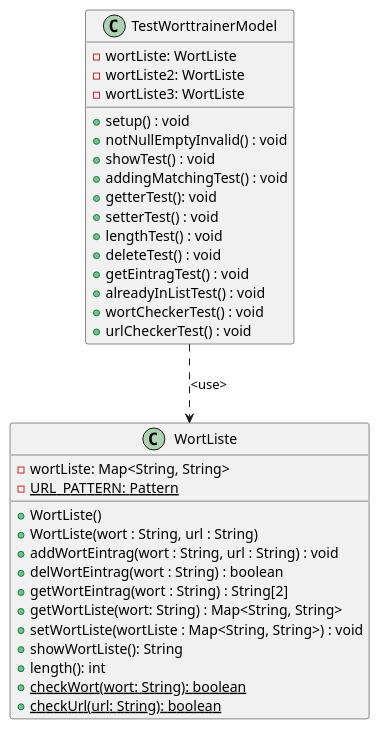
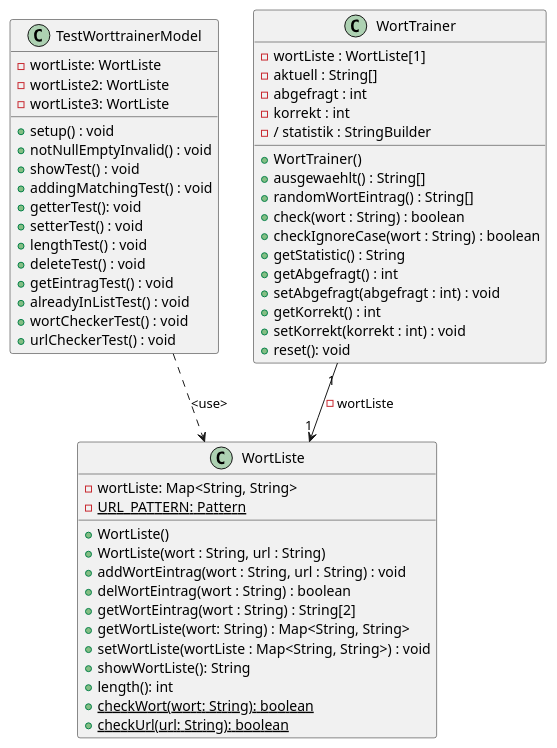
Before and after one commit to TGM-HIT/sew9-2425-worttrainer-Batscho: the diagram in src/main/resources/Worttrainer Reloaded.puml, drawn with PlantUML.

Commit message:
[GK] Worttrainer Reloaded Commit 22: Nun wurde das UML für den Worttrainer kreiert und es kann mit dem Coding beginnen.

```diff
--- a/src/main/resources/Worttrainer Reloaded.puml
+++ b/src/main/resources/Worttrainer Reloaded.puml
@@ -1,40 +1,60 @@
 @startuml
 'https://plantuml.com/class-diagram
 
 TestWorttrainerModel ..> WortListe : <use>
+WortTrainer "1" --> "1" WortListe : - wortListe
 
 class WortListe {
 - wortListe: Map<String, String>
 - {static} URL_PATTERN: Pattern
 + WortListe()
 + WortListe(wort : String, url : String)
 + addWortEintrag(wort : String, url : String) : void
 + delWortEintrag(wort : String) : boolean
 + getWortEintrag(wort : String) : String[2]
 + getWortListe(wort: String) : Map<String, String>
 + setWortListe(wortListe : Map<String, String>) : void
 + showWortListe(): String
 + length(): int
 + {static} checkWort(wort: String): boolean
 + {static} checkUrl(url: String): boolean
 }
 
 class TestWorttrainerModel {
 - wortListe: WortListe
 - wortListe2: WortListe
 - wortListe3: WortListe
 + setup() : void
 + notNullEmptyInvalid() : void
 + showTest() : void
 + addingMatchingTest() : void
 + getterTest(): void
 + setterTest() : void
 + lengthTest() : void
 + deleteTest() : void
 + getEintragTest() : void
 + alreadyInListTest() : void
 + wortCheckerTest() : void
 + urlCheckerTest() : void
 }
 
+class WortTrainer {
+- wortListe : WortListe[1]
+- aktuell : String[]
+- abgefragt : int
+- korrekt : int
+- / statistik : StringBuilder
++ WortTrainer()
++ ausgewaehlt() : String[]
++ randomWortEintrag() : String[]
++ check(wort : String) : boolean
++ checkIgnoreCase(wort : String) : boolean
++ getStatistic() : String
++ getAbgefragt() : int
++ setAbgefragt(abgefragt : int) : void
++ getKorrekt() : int
++ setKorrekt(korrekt : int) : void
++ reset(): void
+}
+
 @enduml
```
